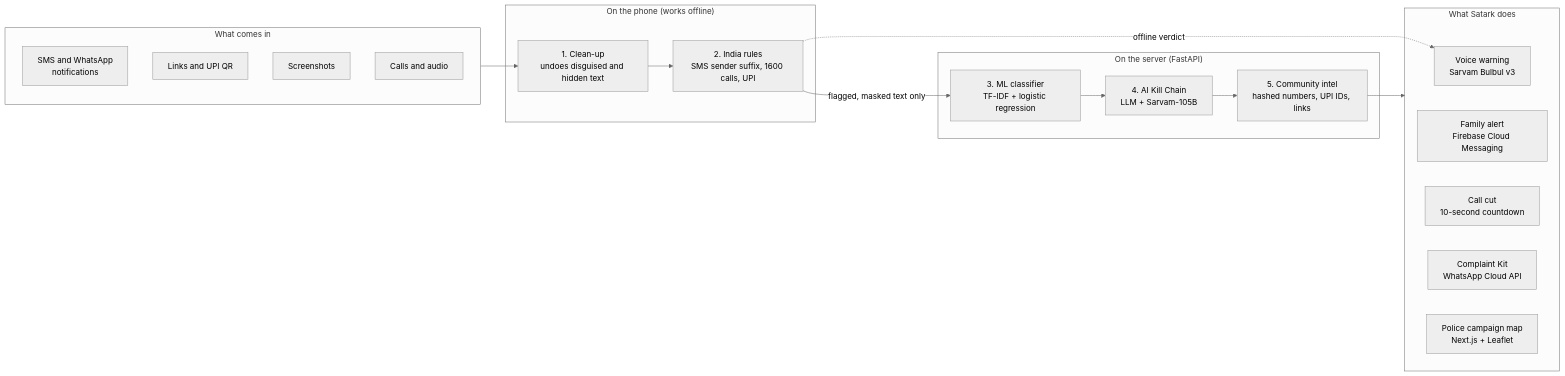
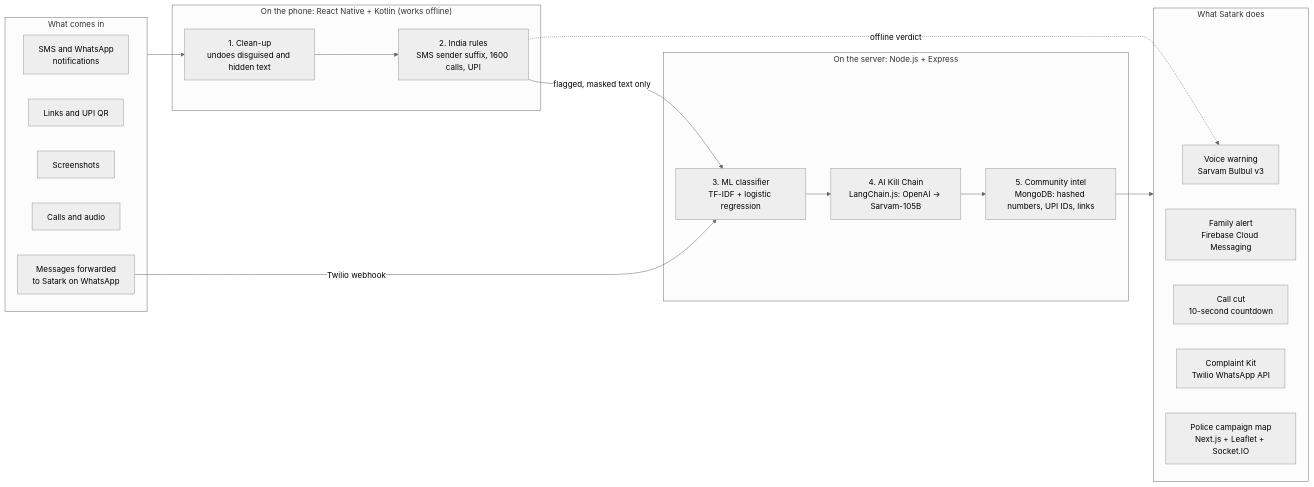
Before and after one commit to MR-SAIRAM-7/Satark: the first of 4 diagrams in README.md, drawn with Mermaid (neutral theme). The commit also changed other lines of this file, not shown here.

First line of the commit message:
Switch README to React Native + Node.js/Express stack

````diff
--- a/README.md
+++ b/README.md
@@ -146,35 +149,37 @@
 ```mermaid
 flowchart LR
     subgraph IN["What comes in"]
         A1["SMS and WhatsApp<br/>notifications"]
         A2["Links and UPI QR"]
         A3["Screenshots"]
         A4["Calls and audio"]
+        A5["Messages forwarded<br/>to Satark on WhatsApp"]
     end
 
-    subgraph PHONE["On the phone (works offline)"]
+    subgraph PHONE["On the phone: React Native + Kotlin (works offline)"]
         L1["1. Clean-up<br/>undoes disguised and hidden text"]
         L2["2. India rules<br/>SMS sender suffix, 1600 calls, UPI"]
         L1 --> L2
     end
 
-    subgraph SERVER["On the server (FastAPI)"]
+    subgraph SERVER["On the server: Node.js + Express"]
         L3["3. ML classifier<br/>TF-IDF + logistic regression"]
-        L4["4. AI Kill Chain<br/>LLM + Sarvam-105B"]
-        L5["5. Community intel<br/>hashed numbers, UPI IDs, links"]
+        L4["4. AI Kill Chain<br/>LangChain.js: OpenAI → Sarvam-105B"]
+        L5["5. Community intel<br/>MongoDB: hashed numbers, UPI IDs, links"]
         L3 --> L4 --> L5
     end
 
     subgraph OUT["What Satark does"]
         O1["Voice warning<br/>Sarvam Bulbul v3"]
         O2["Family alert<br/>Firebase Cloud Messaging"]
         O3["Call cut<br/>10-second countdown"]
-        O4["Complaint Kit<br/>WhatsApp Cloud API"]
-        O5["Police campaign map<br/>Next.js + Leaflet"]
+        O4["Complaint Kit<br/>Twilio WhatsApp API"]
+        O5["Police campaign map<br/>Next.js + Leaflet + Socket.IO"]
     end
 
     IN --> L1
+    A5 -->|Twilio webhook| L3
     L2 -->|flagged, masked text only| L3
     L5 --> OUT
     L2 -.->|offline verdict| O1
 ```
````
